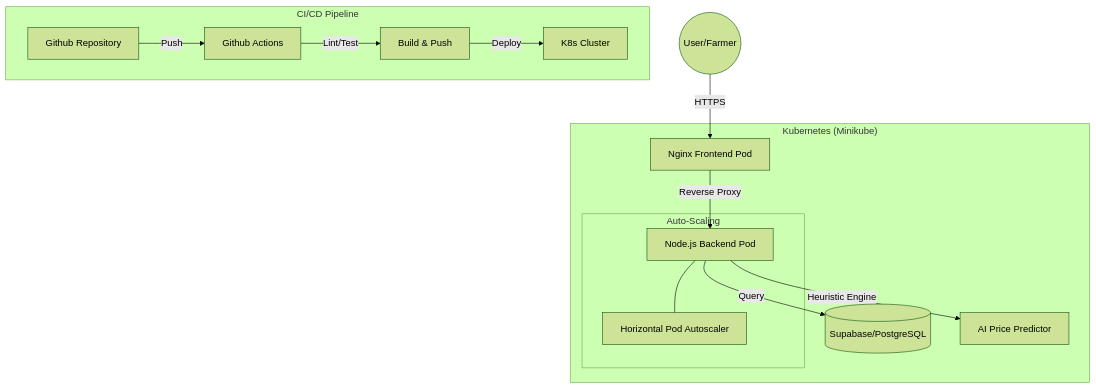
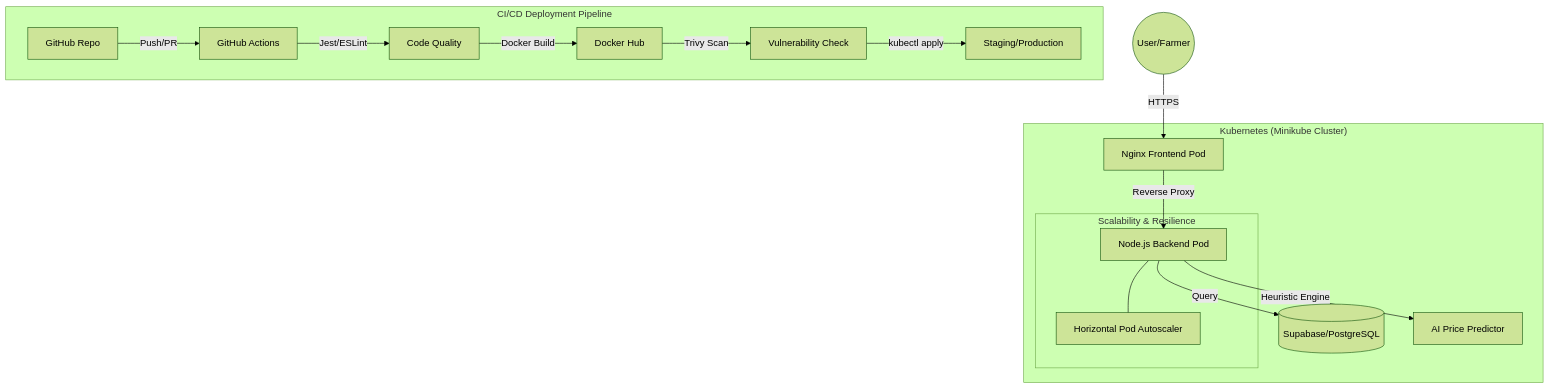
Before and after one commit to urk23cs1220/Devops-Project-IA3: the diagram in README.md, drawn with Mermaid (forest theme). The commit also changed other lines of this file and 1 other file, not shown here.

````diff
--- a/README.md
+++ b/README.md
@@ -12,19 +12,21 @@
 ```mermaid
 graph TD
     User((User/Farmer)) -->|HTTPS| Frontend[Nginx Frontend Pod]
-    subgraph "Kubernetes (Minikube)"
+    subgraph "Kubernetes (Minikube Cluster)"
         Frontend -->|Reverse Proxy| Backend[Node.js Backend Pod]
         Backend -->|Query| DB[(Supabase/PostgreSQL)]
         Backend -->|Heuristic Engine| AI[AI Price Predictor]
         
-        subgraph "Auto-Scaling"
+        subgraph "Scalability & Resilience"
             Backend --- HPA[Horizontal Pod Autoscaler]
         end
     end
     
-    subgraph "CI/CD Pipeline"
-        Github[Github Repository] -->|Push| Actions[Github Actions]
-        Actions -->|Lint/Test| Build[Build & Push]
-        Build -->|Deploy| K8s[K8s Cluster]
+    subgraph "CI/CD Deployment Pipeline"
+        Github[GitHub Repo] -->|Push/PR| Actions[GitHub Actions]
+        Actions -->|Jest/ESLint| Test[Code Quality]
+        Test -->|Docker Build| Registry[Docker Hub]
+        Registry -->|Trivy Scan| Security[Vulnerability Check]
+        Security -->|kubectl apply| K8s[Staging/Production]
     end
 ```
````
